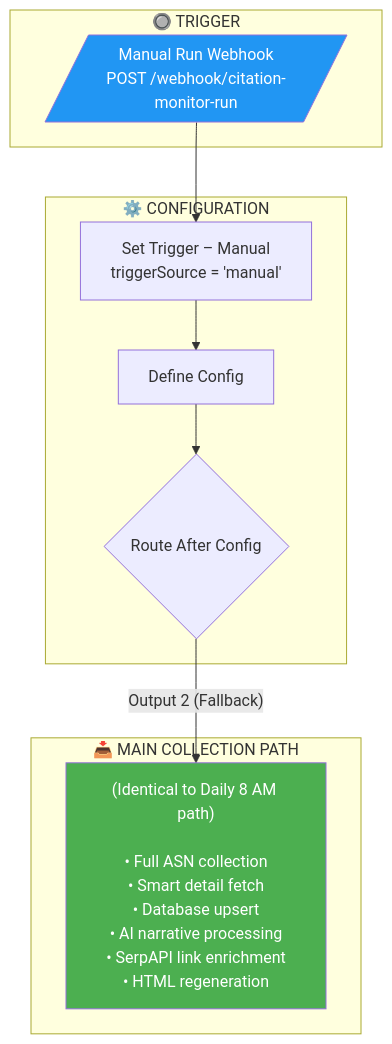
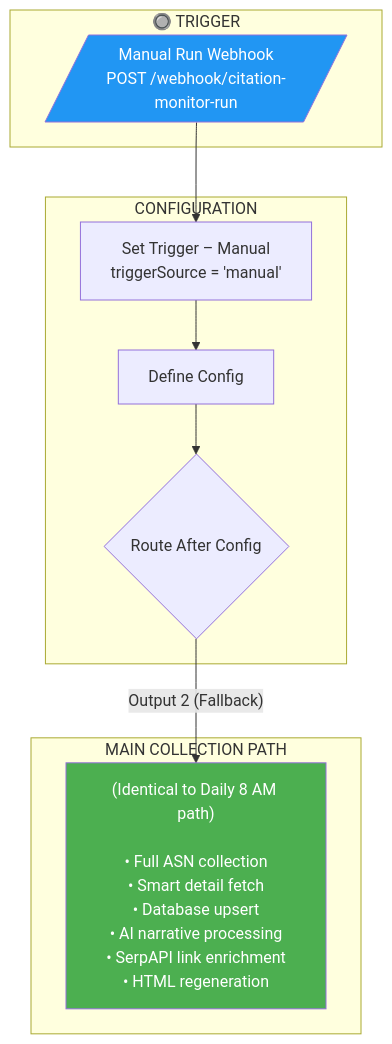
Before and after one commit to rjsears/aircraft_accident_tracker: the fourth of 11 diagrams in README.md, drawn with Mermaid. The commit also changed other lines of this file, not shown here.

````diff
--- a/README.md
+++ b/README.md
@@ -375,24 +375,24 @@
 ```mermaid
 flowchart TB
     subgraph TRIGGER["🔘 TRIGGER"]
         T2[/"Manual Run Webhook<br/>POST /webhook/citation-monitor-run"/]
     end
 
-    subgraph CONFIG["⚙️ CONFIGURATION"]
+    subgraph CONFIG["CONFIGURATION"]
         ST["Set Trigger – Manual<br/>triggerSource = 'manual'"]
         DC["Define Config"]
         RAC{"Route After Config"}
     end
 
-    subgraph MAIN["📥 MAIN COLLECTION PATH"]
+    subgraph MAIN["MAIN COLLECTION PATH"]
         SAME["(Identical to Daily 8 AM path)<br/><br/>• Full ASN collection<br/>• Smart detail fetch<br/>• Database upsert<br/>• AI narrative processing<br/>• SerpAPI link enrichment<br/>• HTML regeneration"]
     end
 
     T2 --> ST
     ST --> DC
     DC --> RAC
     RAC -->|"Output 2 (Fallback)"| SAME
 
     style T2 fill:#2196F3,color:#fff
     style SAME fill:#4CAF50,color:#fff
 ```
````
